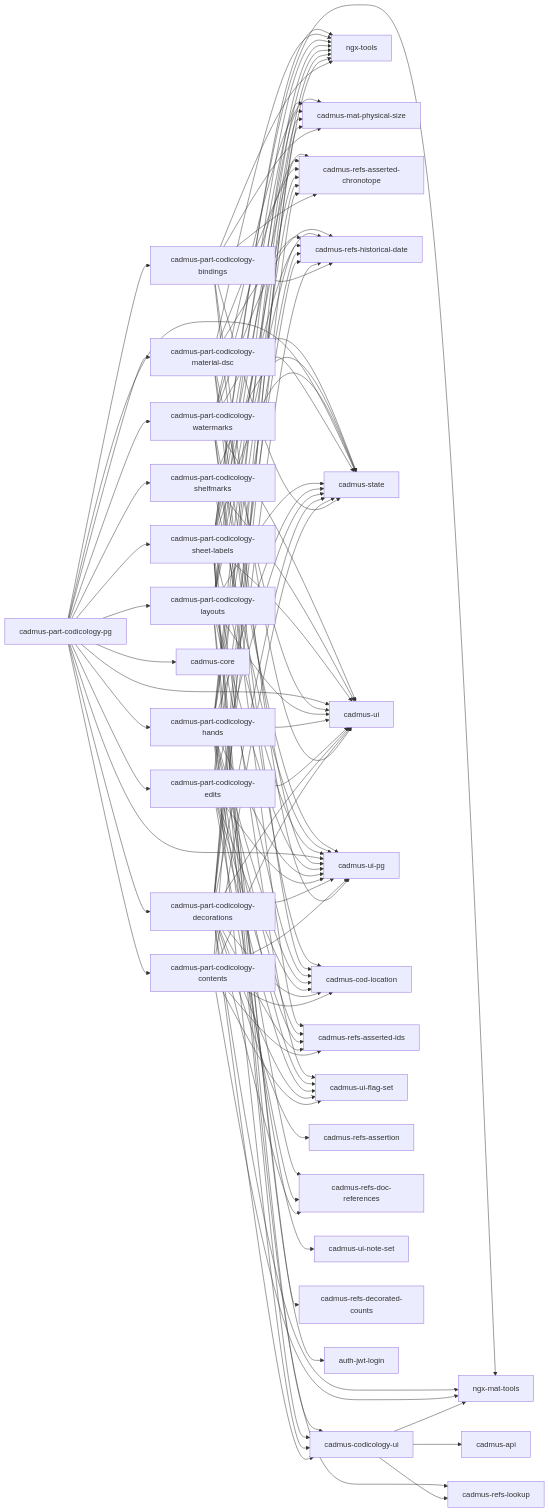
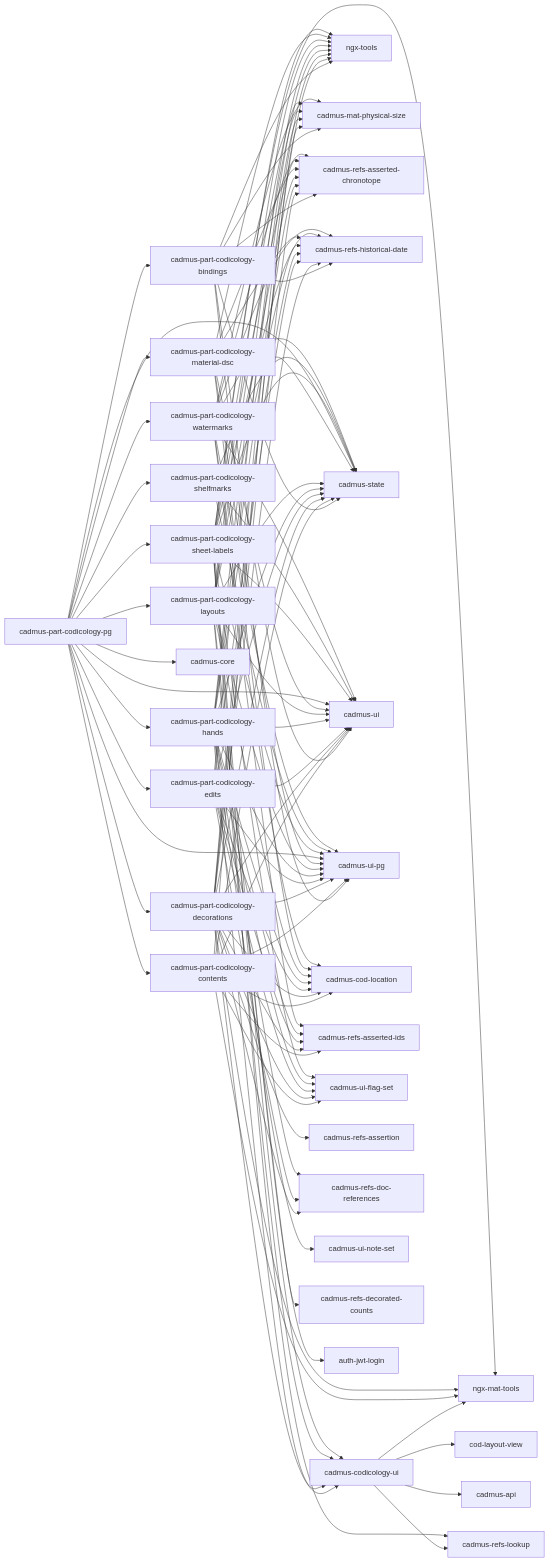
The diagram in README.md (vedph/cadmus-codicology-shell), drawn with Mermaid before and after one commit.

````diff
--- a/README.md
+++ b/README.md
@@ -49,6 +49,7 @@
 ```mermaid
 graph LR;
   cadmus-codicology-ui --> ngx-mat-tools
+  cadmus-codicology-ui --> cod-layout-view
   cadmus-codicology-ui --> cadmus-refs-lookup
   cadmus-codicology-ui --> cadmus-api
   cadmus-part-codicology-bindings --> ngx-tools
````
